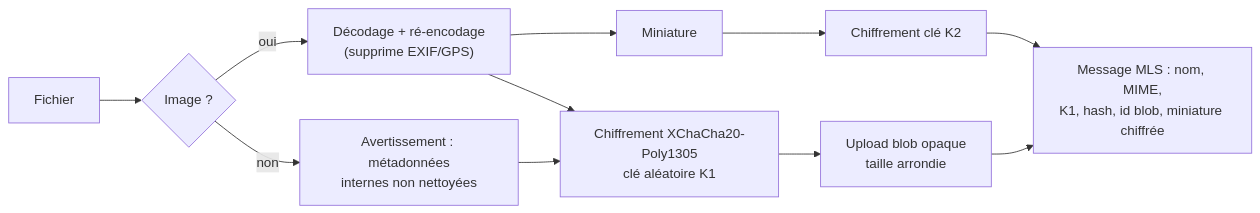
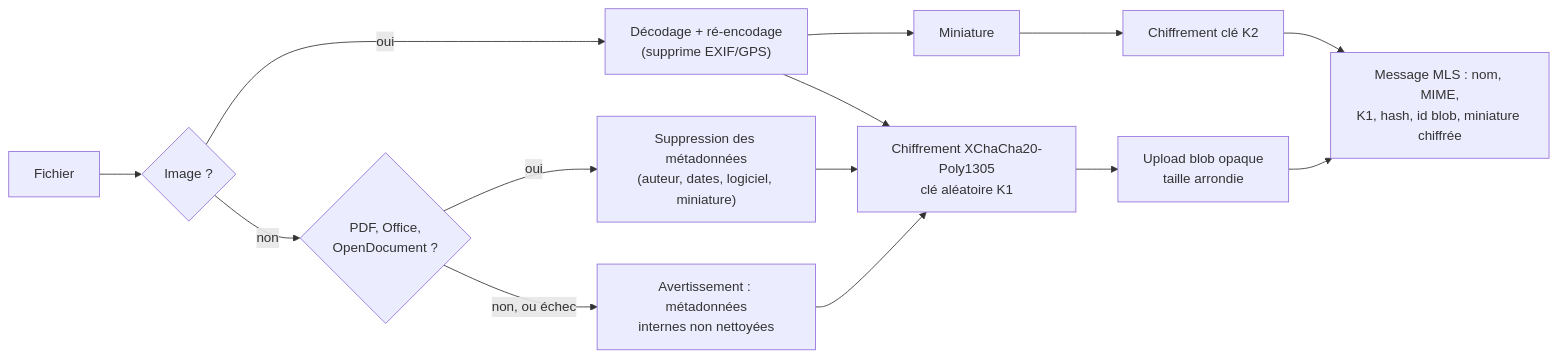
Before and after one commit to N4ole/messagerie: the sixth of 6 diagrams in docs/conception/04-flux.md, drawn with Mermaid. The commit also changed 19 other files, not shown here.

````diff
--- a/docs/conception/04-flux.md
+++ b/docs/conception/04-flux.md
@@ -113,12 +113,14 @@
 ```mermaid
 flowchart LR
   F[Fichier] --> M{Image ?}
   M -- oui --> R["Décodage + ré-encodage<br/>(supprime EXIF/GPS)"] --> T[Miniature]
-  M -- non --> W[Avertissement : métadonnées<br/>internes non nettoyées]
+  M -- non --> D{PDF, Office,<br/>OpenDocument ?}
+  D -- oui --> C["Suppression des métadonnées<br/>(auteur, dates, logiciel, miniature)"] --> E1
+  D -- "non, ou échec" --> W[Avertissement : métadonnées<br/>internes non nettoyées]
   R --> E1[Chiffrement XChaCha20-Poly1305<br/>clé aléatoire K1]
   T --> E2[Chiffrement clé K2]
   W --> E1
   E1 --> U[Upload blob opaque<br/>taille arrondie]
   E2 --> MSG
   U --> MSG[Message MLS : nom, MIME,<br/>K1, hash, id blob, miniature chiffrée]
 ```
````
